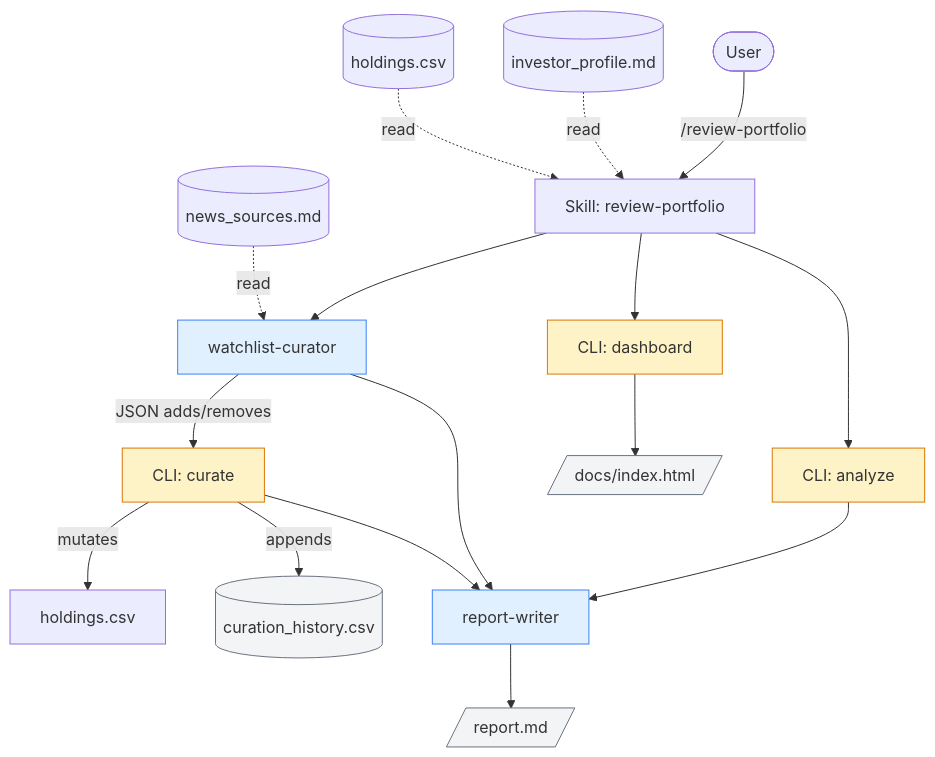
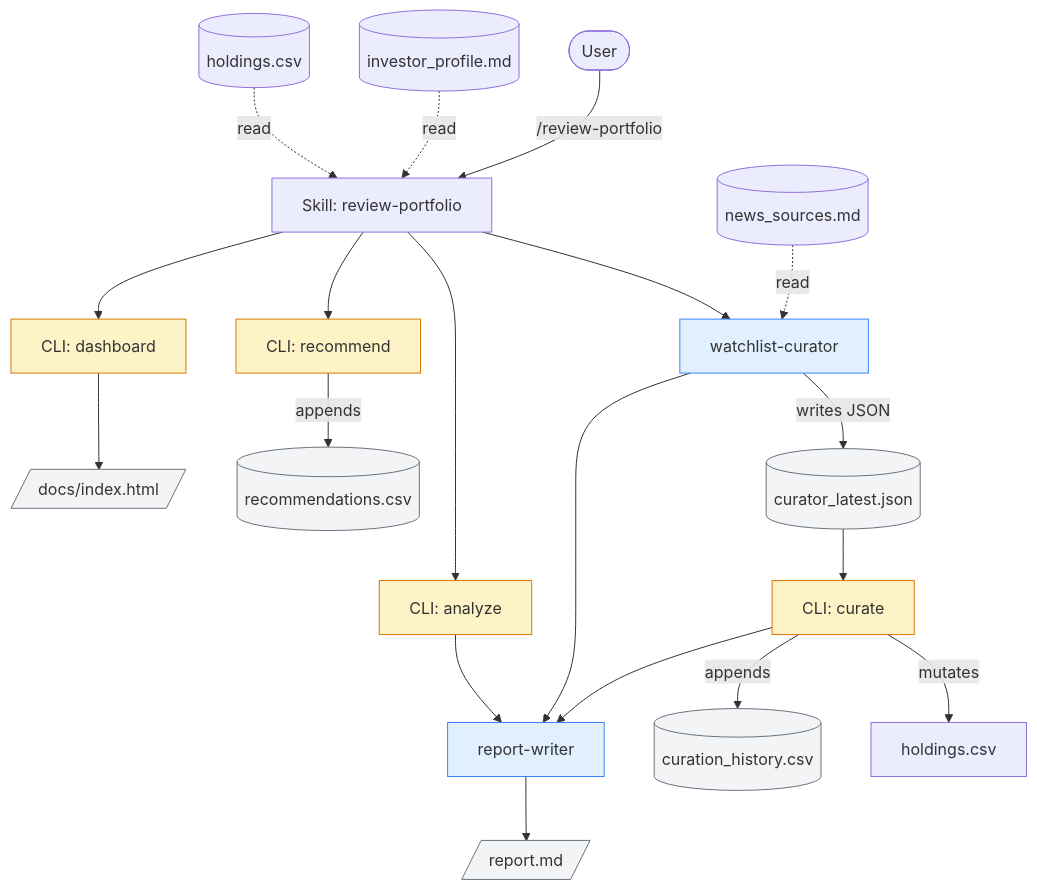
The diagram in REFERENCE.md (joehahn/portfolio-wave-rider), drawn with Mermaid before and after one commit. The commit also changed other lines of this file and 1 other file, not shown here.

````diff
--- a/REFERENCE.md
+++ b/REFERENCE.md
@@ -138,25 +152,28 @@
 ```mermaid
 flowchart TD
     user([User]) -->|/review-portfolio| skill[Skill: review-portfolio]
     profile[(investor_profile.md)] -.read.-> skill
     holdings[(holdings.csv)] -.read.-> skill
     skill --> curator[watchlist-curator]
     sources[(news_sources.md)] -.read.-> curator
-    curator -->|JSON adds/removes| curate[CLI: curate]
+    curator -->|writes JSON| latest[(curator_latest.json)]
+    latest --> curate[CLI: curate]
     curate -->|mutates| holdings_w[holdings.csv]
     curate -->|appends| history[(curation_history.csv)]
     skill --> analyze[CLI: analyze]
+    skill --> recommend[CLI: recommend]
+    recommend -->|appends| recs[(recommendations.csv)]
     analyze --> writer[report-writer]
     curator --> writer
     curate --> writer
     writer --> report[/report.md/]
     skill --> dash[CLI: dashboard]
     dash --> idx[/docs/index.html/]
 
     classDef agent fill:#e1f0ff,stroke:#3b82f6
     classDef cli fill:#fef3c7,stroke:#d97706
     classDef file fill:#f3f4f6,stroke:#6b7280
     class curator,writer agent
-    class curate,analyze,dash cli
-    class report,idx,history file
+    class curate,analyze,recommend,dash cli
+    class report,idx,history,latest,recs file
 ```
````
